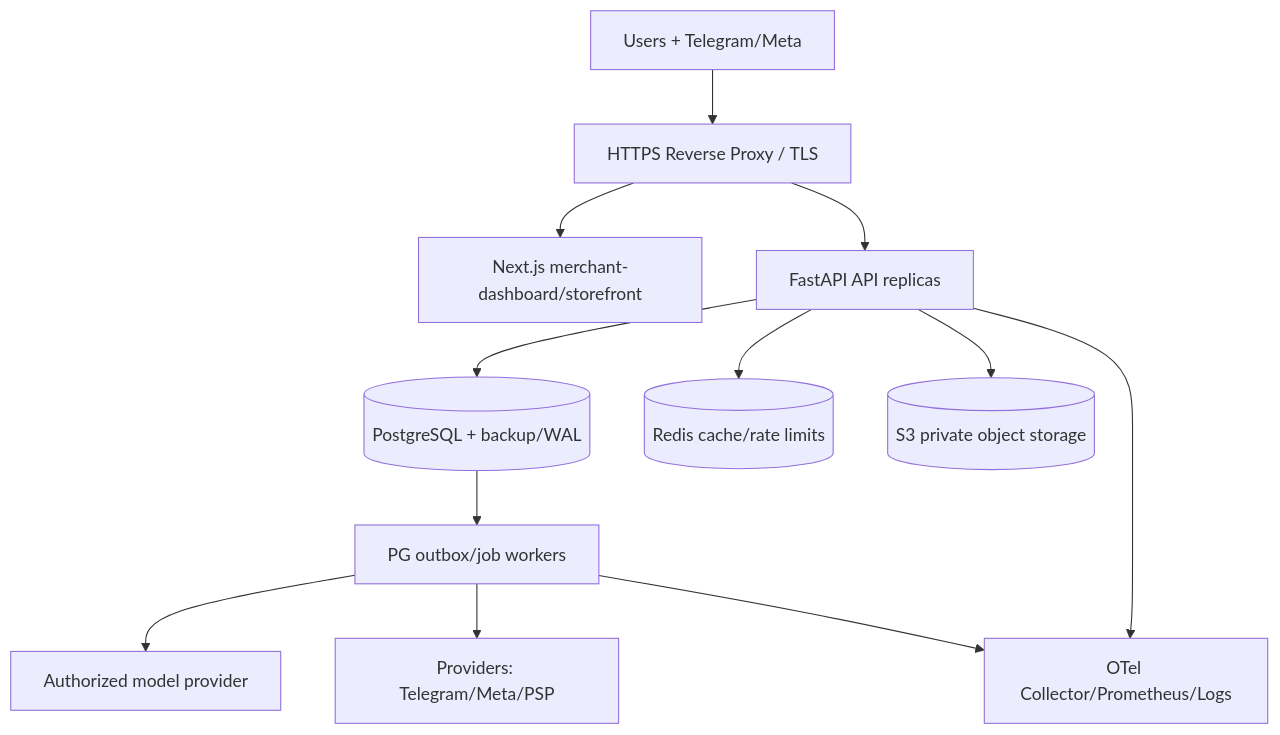
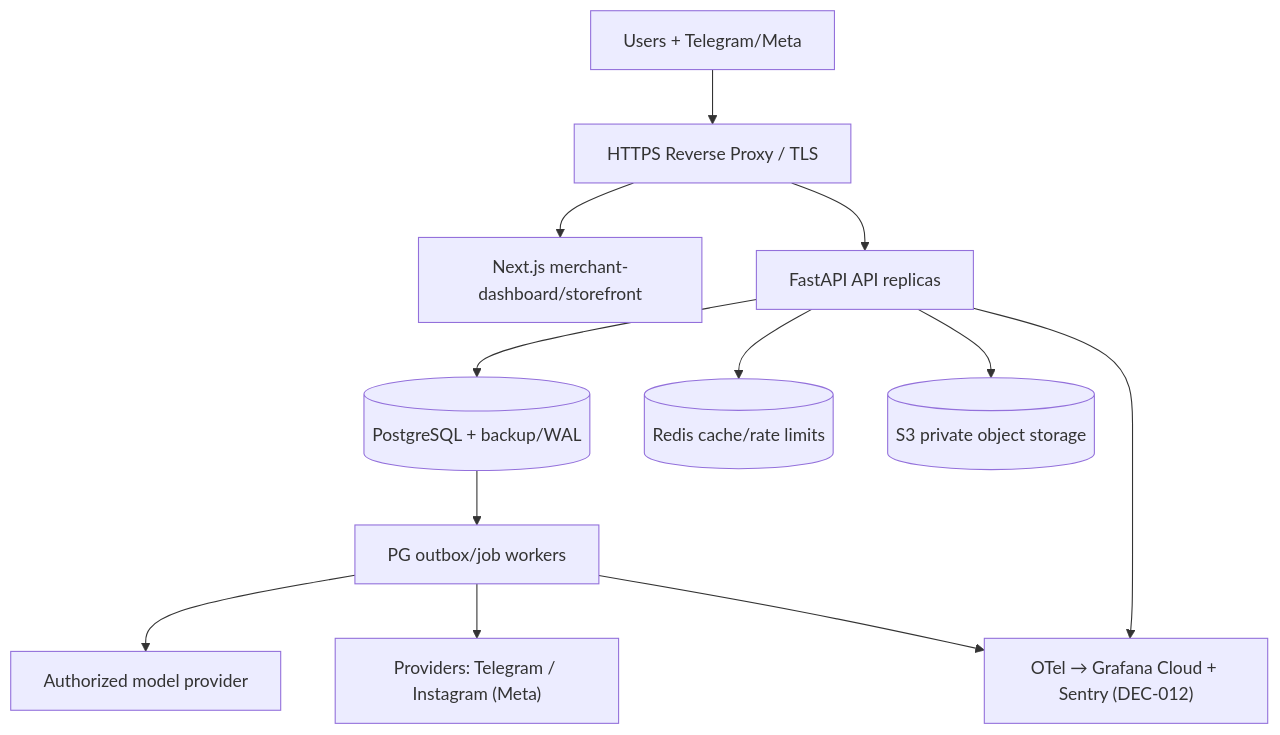
Before and after one commit to Ismoilkhan22/ai-commerce-backend: the diagram in docs/engineering/19_INFRASTRUCTURE_AND_DEPLOYMENT.md, drawn with Mermaid. The commit also changed other lines of this file and 21 other files, not shown here.

````diff
--- a/docs/engineering/19_INFRASTRUCTURE_AND_DEPLOYMENT.md
+++ b/docs/engineering/19_INFRASTRUCTURE_AND_DEPLOYMENT.md
@@ -6,14 +6,14 @@
 ```mermaid
 flowchart TB
  Client["Users + Telegram/Meta"] --> EDGE["HTTPS Reverse Proxy / TLS"]
  EDGE --> FE["Next.js merchant-dashboard/storefront"]
  EDGE --> API["FastAPI API replicas"]
  API --> PG[("PostgreSQL + backup/WAL")]
  API --> R[("Redis cache/rate limits")]
  API --> S[("S3 private object storage")]
  PG --> W["PG outbox/job workers"]
  W --> LLM["Authorized model provider"]
- W --> MSG["Providers: Telegram/Meta/PSP"]
- W --> OBS["OTel Collector/Prometheus/Logs"]
+ W --> MSG["Providers: Telegram / Instagram (Meta)"]
+ W --> OBS["OTel → Grafana Cloud + Sentry (DEC-012)"]
  API --> OBS
 ```
````
